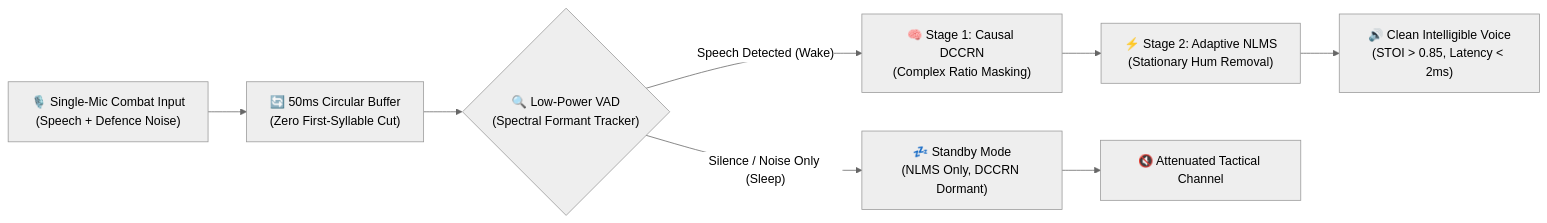
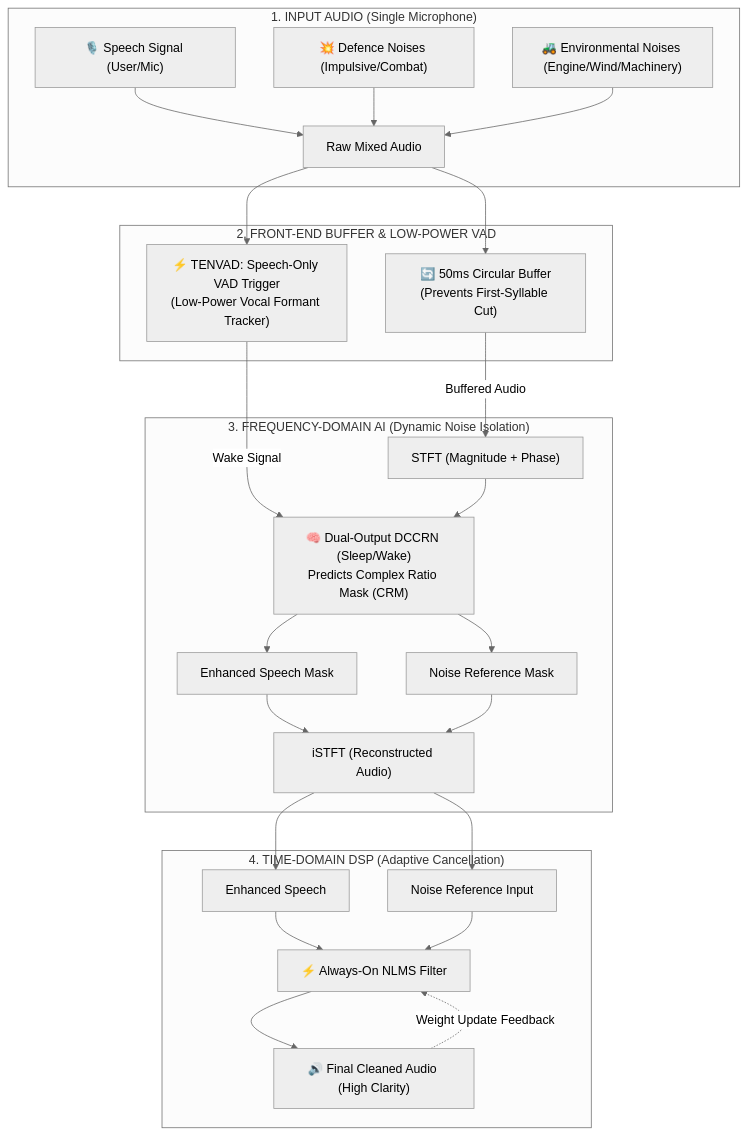
One commit to Yogi1218/sonic-shield changed the diagram in README.md. Above: the diagram before and after it, drawn with Mermaid (neutral theme). The commit also changed other lines of this file and 2 other files, not shown here.

Commit message:
refactor: update architecture to dual-output DCCRN with TENVAD, 50ms buffer, and rename team to PHALANX

````diff
--- a/README.md
+++ b/README.md
@@ -29,13 +17,32 @@
 ```mermaid
-flowchart LR
-    A["🎙️ Single-Mic Combat Input\n(Speech + Defence Noise)"] --> B["🔄 50ms Circular Buffer\n(Zero First-Syllable Cut)"]
-    B --> C{"🔍 Low-Power VAD\n(Spectral Formant Tracker)"}
-    
-    C -- "Speech Detected (Wake)" --> D["🧠 Stage 1: Causal DCCRN\n(Complex Ratio Masking)"]
-    D --> E["⚡ Stage 2: Adaptive NLMS\n(Stationary Hum Removal)"]
-    
-    C -- "Silence / Noise Only (Sleep)" --> F["💤 Standby Mode\n(NLMS Only, DCCRN Dormant)"]
-    F --> G["🔇 Attenuated Tactical Channel"]
-    
-    E --> H["🔊 Clean Intelligible Voice\n(STOI > 0.85, Latency < 2ms)"]
+flowchart TD
+    subgraph INPUT ["1. INPUT AUDIO (Single Microphone)"]
+        S["🎙️ Speech Signal (User/Mic)"]
+        D["💥 Defence Noises (Impulsive/Combat)"]
+        E["🚜 Environmental Noises (Engine/Wind/Machinery)"]
+        S & D & E --> MIX["Raw Mixed Audio"]
+    end
+
+    subgraph PRE ["2. FRONT-END BUFFER & LOW-POWER VAD"]
+        MIX --> BUF["🔄 50ms Circular Buffer\n(Prevents First-Syllable Cut)"]
+        MIX --> VAD["⚡ TENVAD: Speech-Only VAD Trigger\n(Low-Power Vocal Formant Tracker)"]
+    end
+
+    subgraph AI ["3. FREQUENCY-DOMAIN AI (Dynamic Noise Isolation)"]
+        VAD -- "Wake Signal" --> DCCRN_BLOCK["🧠 Dual-Output DCCRN (Sleep/Wake)\nPredicts Complex Ratio Mask (CRM)"]
+        BUF -- "Buffered Audio" --> STFT["STFT (Magnitude + Phase)"]
+        STFT --> DCCRN_BLOCK
+        DCCRN_BLOCK --> OUT_S["Enhanced Speech Mask"]
+        DCCRN_BLOCK --> OUT_N["Noise Reference Mask"]
+        OUT_S & OUT_N --> ISTFT["iSTFT (Reconstructed Audio)"]
+    end
+
+    subgraph DSP ["4. TIME-DOMAIN DSP (Adaptive Cancellation)"]
+        ISTFT --> ES["Enhanced Speech"]
+        ISTFT --> NR["Noise Reference Input"]
+        ES --> NLMS["⚡ Always-On NLMS Filter"]
+        NR --> NLMS
+        NLMS --> CLEAN["🔊 Final Cleaned Audio (High Clarity)"]
+        CLEAN -. "Weight Update Feedback" .-> NLMS
+    end
 ```
````
